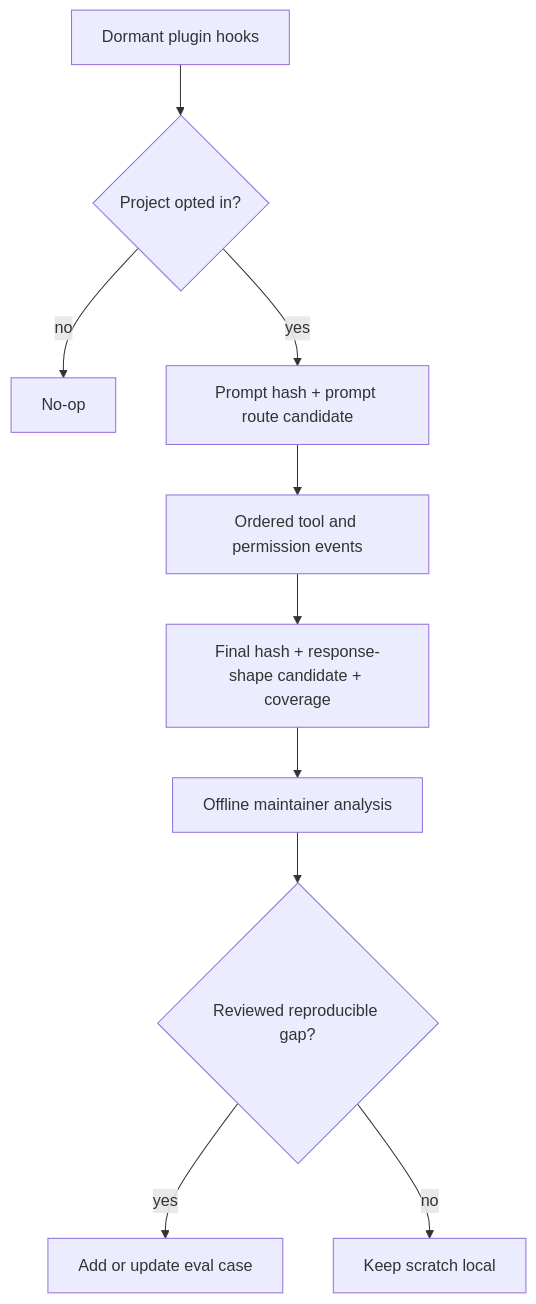
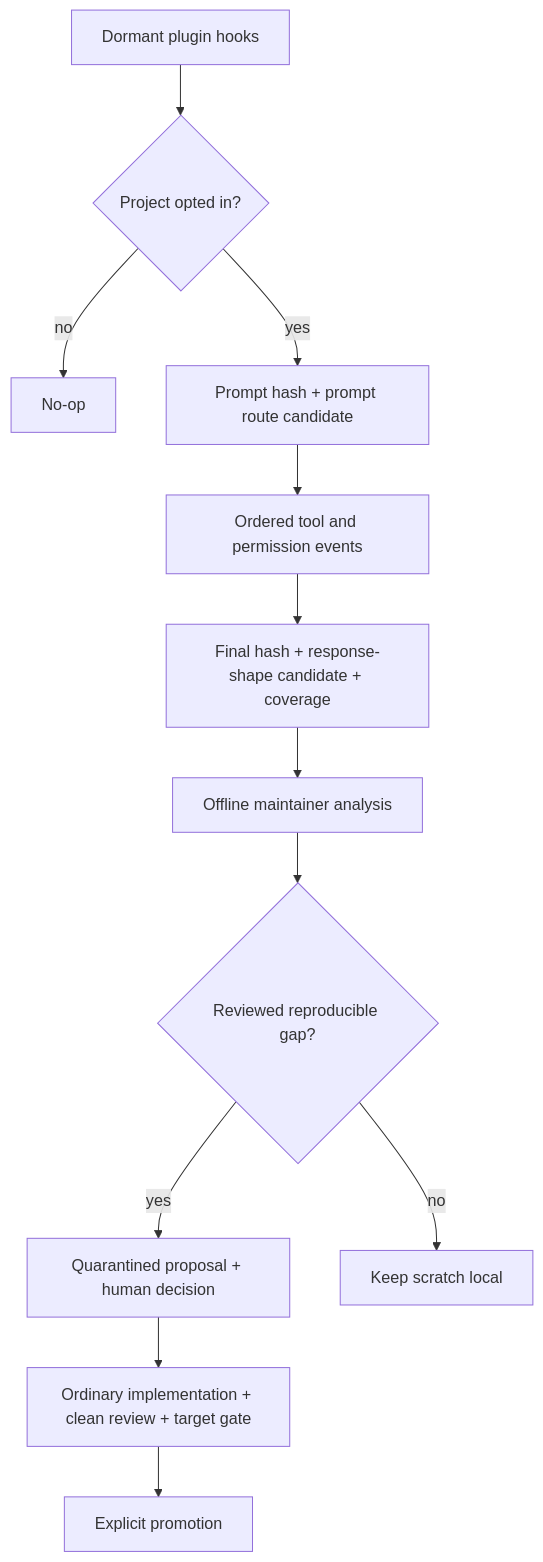
The diagram in docs/router-observability-harness.md (daxiong888/Groundwork), drawn with Mermaid before and after one commit. The commit also changed other lines of this file and 39 other files, not shown here.

````diff
--- a/docs/router-observability-harness.md
+++ b/docs/router-observability-harness.md
@@ -23,12 +23,14 @@
 ```mermaid
 flowchart TD
   A["Dormant plugin hooks"] --> B{"Project opted in?"}
   B -- "no" --> C["No-op"]
   B -- "yes" --> D["Prompt hash + prompt route candidate"]
   D --> E["Ordered tool and permission events"]
   E --> F["Final hash + response-shape candidate + coverage"]
   F --> G["Offline maintainer analysis"]
   G --> H{"Reviewed reproducible gap?"}
-  H -- "yes" --> I["Add or update eval case"]
+  H -- "yes" --> I["Quarantined proposal + human decision"]
+  I --> K["Ordinary implementation + clean review + target gate"]
+  K --> L["Explicit promotion"]
   H -- "no" --> J["Keep scratch local"]
 ```
````
